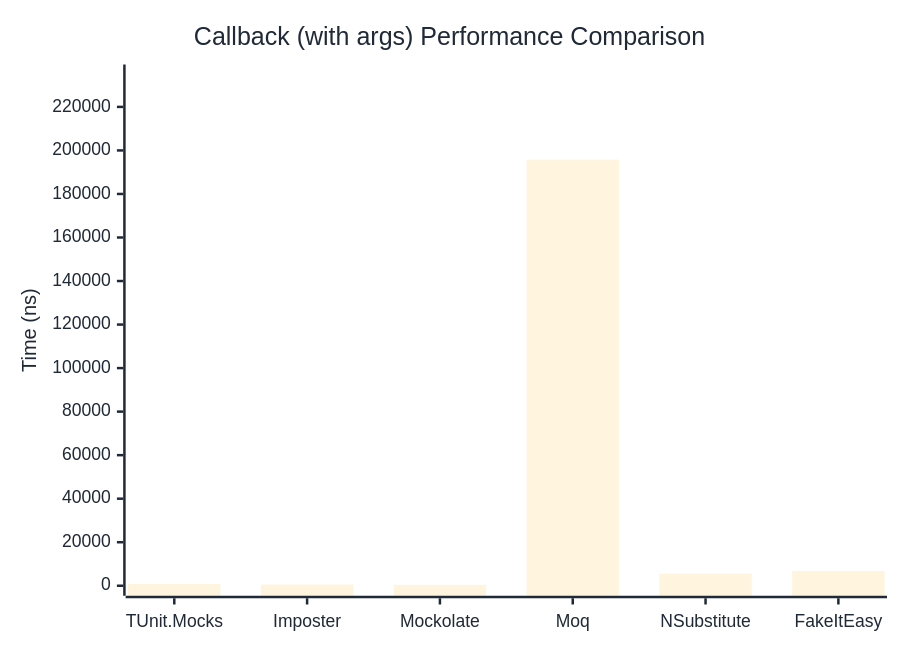
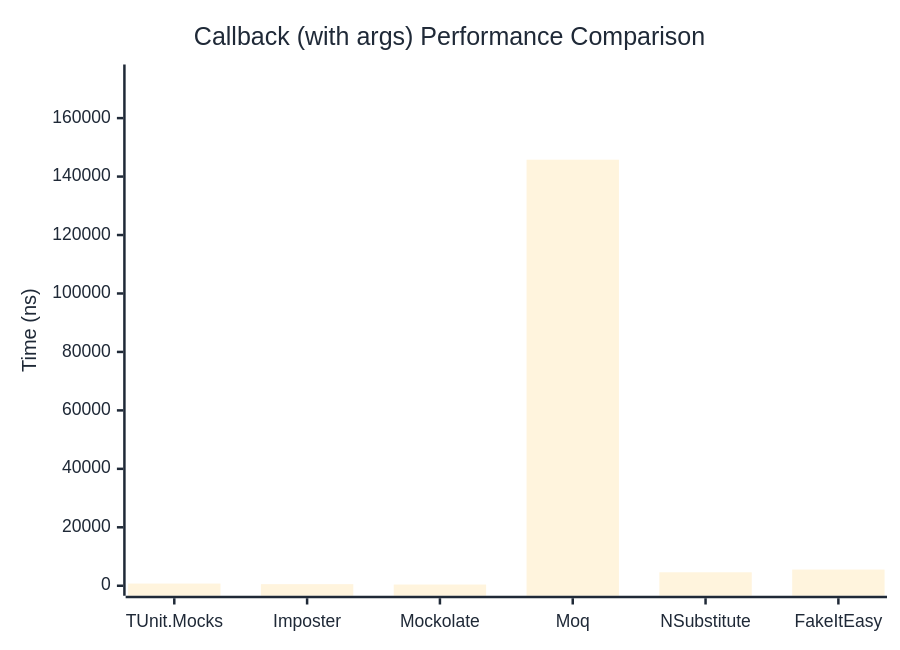
The second of 2 diagrams in docs/docs/benchmarks/mocks/Callback.md (thomhurst/TUnit), drawn with Mermaid before and after one commit. The commit also changed other lines of this file and 14 other files, not shown here.

````diff
--- a/docs/docs/benchmarks/mocks/Callback.md
+++ b/docs/docs/benchmarks/mocks/Callback.md
@@ -71,27 +71,27 @@
 ```mermaid
 %%{init: {
   'theme':'base',
   'themeVariables': {
     'primaryColor': '#2563eb',
     'primaryTextColor': '#1f2937',
     'primaryBorderColor': '#1e40af',
     'lineColor': '#6b7280',
     'secondaryColor': '#7c3aed',
     'tertiaryColor': '#dc2626',
     'background': '#ffffff',
     'pie1': '#2563eb',
     'pie2': '#7c3aed',
     'pie3': '#dc2626',
     'pie4': '#f59e0b',
     'pie5': '#10b981',
     'pie6': '#06b6d4',
     'pie7': '#ec4899',
     'pie8': '#6366f1'
   }
 }}%%
 xychart-beta
   title "Callback (with args) Performance Comparison"
   x-axis ["TUnit.Mocks", "Imposter", "Mockolate", "Moq", "NSubstitute", "FakeItEasy"]
-  y-axis "Time (ns)" 0 --> 234884
-  bar [853.4, 574.4, 438.9, 195736.3, 5515.9, 6791.3]
+  y-axis "Time (ns)" 0 --> 174924
+  bar [754, 547.2, 413.3, 145769.6, 4606.2, 5537.7]
 ```
````
